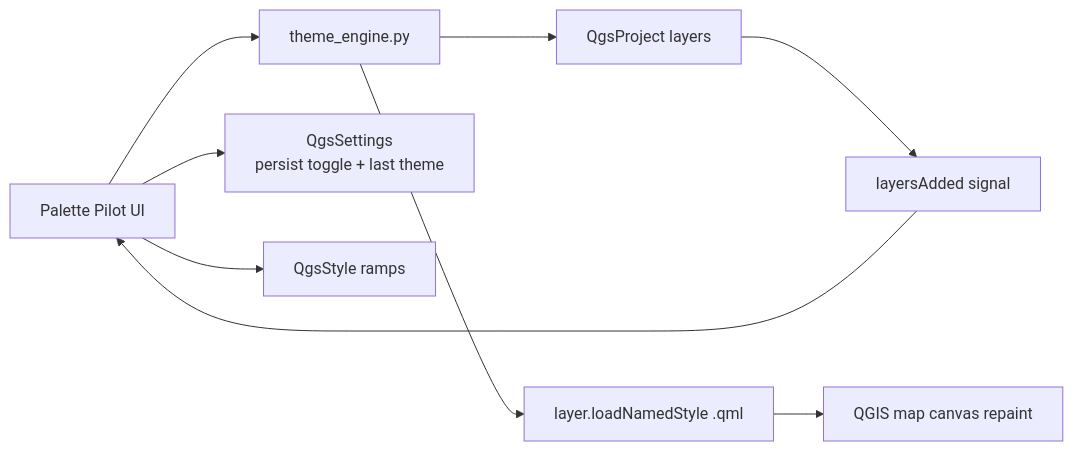
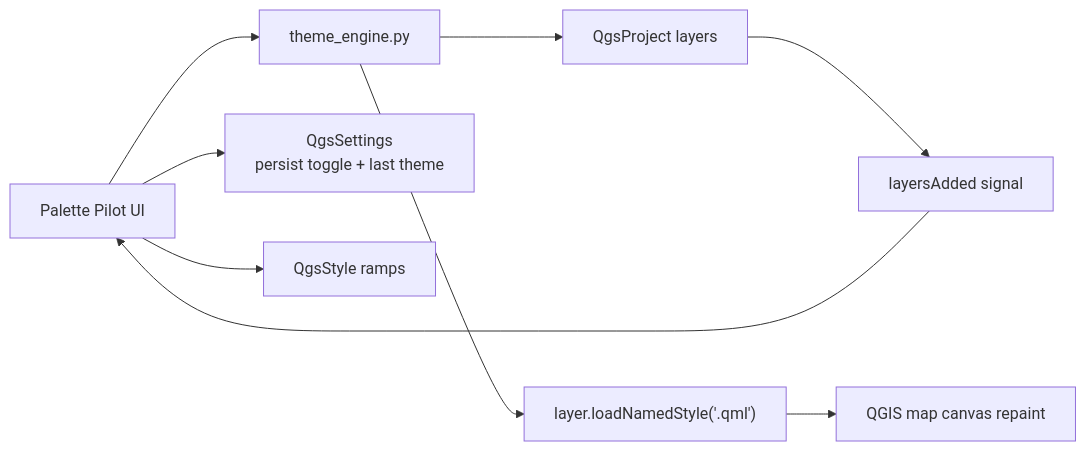
One commit to jasonwheritage/QGIS-Palette-Pilot changed the third of 3 diagrams in docs/development.md. Above: the diagram before and after it, drawn with Mermaid.

Commit message:
Polish Mermaid method-call label for clarity
Agent-Logs-Url: https://github.com/jasonwheritage/QGIS-Palette-Pilot/sessions/8ed1406a-7e84-44be-807a-c13fb2c8375b

````diff
--- a/docs/development.md
+++ b/docs/development.md
@@ -143,11 +143,11 @@
 ```mermaid
 flowchart LR
     UI[Palette Pilot UI] --> TE[theme_engine.py]
     UI --> QSET[QgsSettings<br/>persist toggle + last theme]
     TE --> QPROJ[QgsProject layers]
-    TE --> LNS[layer.loadNamedStyle .qml]
+    TE --> LNS["layer.loadNamedStyle('.qml')"]
     UI --> QSTYLE[QgsStyle ramps]
     LNS --> CANVAS[QGIS map canvas repaint]
     QPROJ --> SIG[layersAdded signal]
     SIG --> UI
 ```
````
